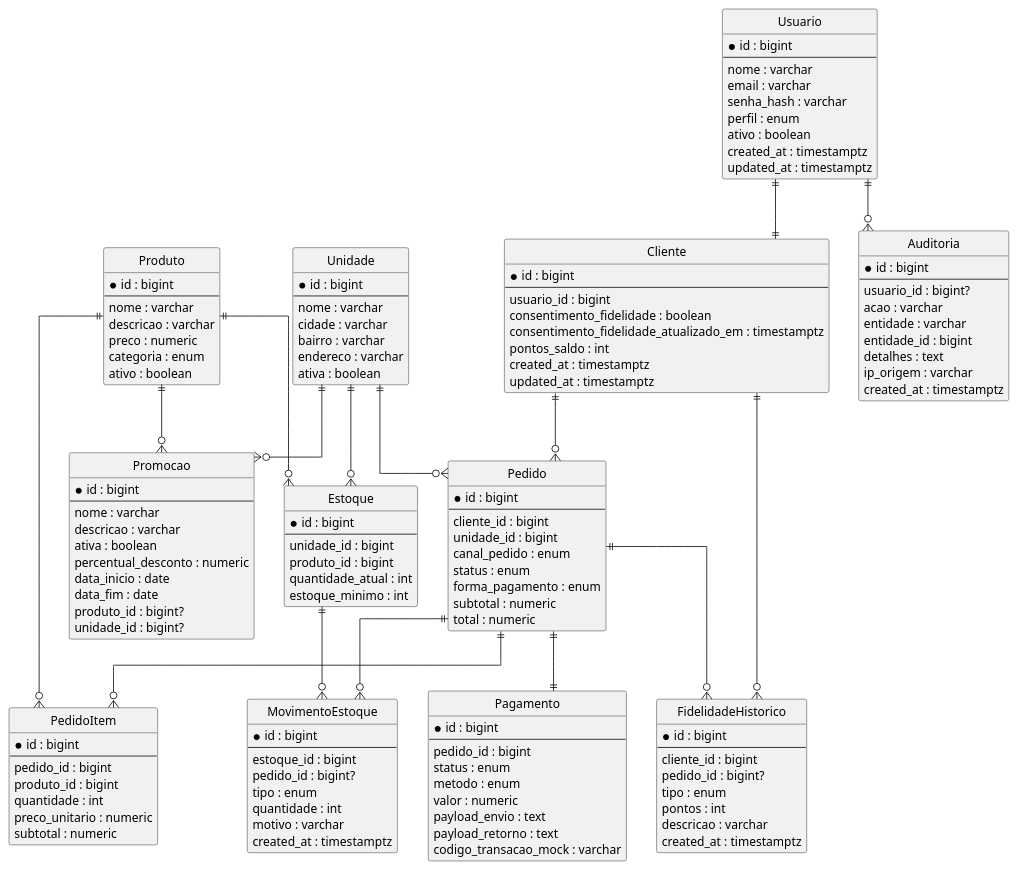
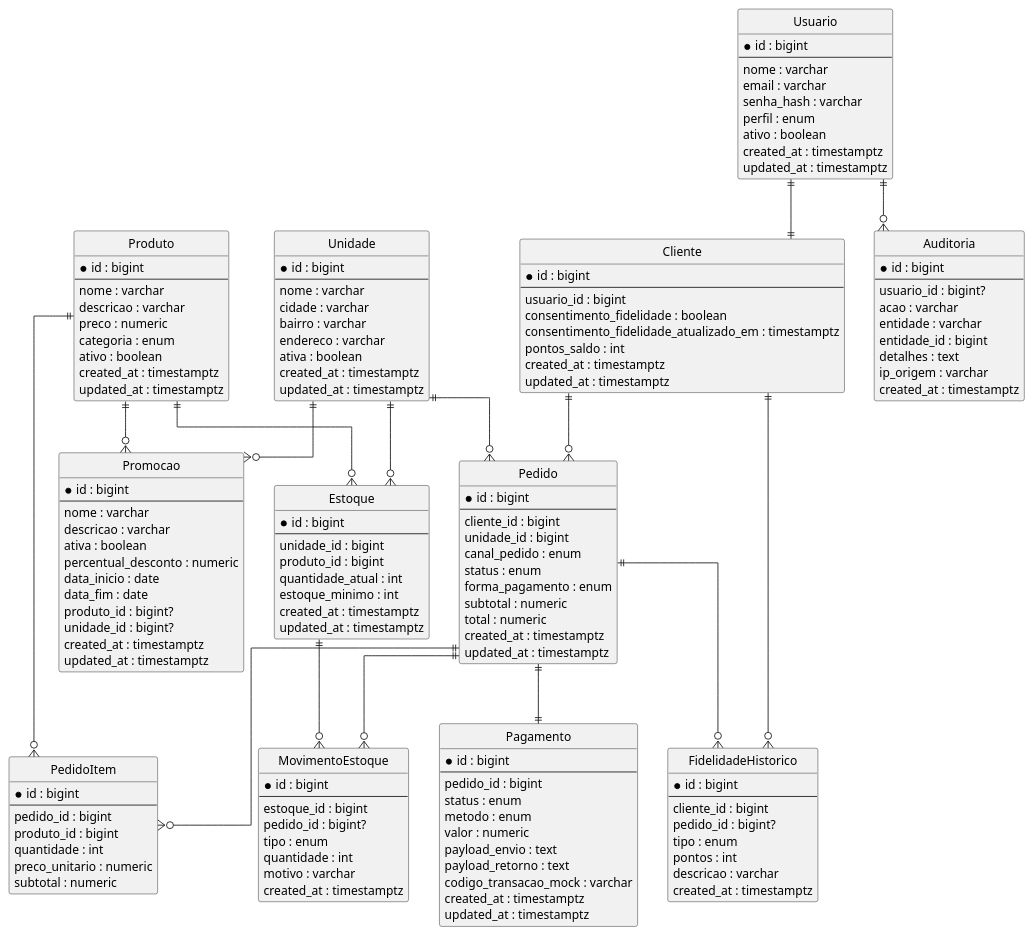
One commit to hyaza01/projeto-final-uninter-4662552-antonio-bernabio changed the diagram in docs/der.puml. Above: the diagram before and after it, drawn with PlantUML. The commit also changed 9 other files, not shown here.

```diff
--- a/docs/der.puml
+++ b/docs/der.puml
@@ -1,153 +1,165 @@
 @startuml
 hide circle
 skinparam linetype ortho
 
 entity Usuario {
   *id : bigint
   --
   nome : varchar
   email : varchar
   senha_hash : varchar
   perfil : enum
   ativo : boolean
   created_at : timestamptz
   updated_at : timestamptz
 }
 
 entity Cliente {
   *id : bigint
   --
   usuario_id : bigint
   consentimento_fidelidade : boolean
   consentimento_fidelidade_atualizado_em : timestamptz
   pontos_saldo : int
   created_at : timestamptz
   updated_at : timestamptz
 }
 
 entity Unidade {
   *id : bigint
   --
   nome : varchar
   cidade : varchar
   bairro : varchar
   endereco : varchar
   ativa : boolean
+  created_at : timestamptz
+  updated_at : timestamptz
 }
 
 entity Produto {
   *id : bigint
   --
   nome : varchar
   descricao : varchar
   preco : numeric
   categoria : enum
   ativo : boolean
+  created_at : timestamptz
+  updated_at : timestamptz
 }
 
 entity Estoque {
   *id : bigint
   --
   unidade_id : bigint
   produto_id : bigint
   quantidade_atual : int
   estoque_minimo : int
+  created_at : timestamptz
+  updated_at : timestamptz
 }
 
 entity MovimentoEstoque {
   *id : bigint
   --
   estoque_id : bigint
   pedido_id : bigint?
   tipo : enum
   quantidade : int
   motivo : varchar
   created_at : timestamptz
 }
 
 entity Pedido {
   *id : bigint
   --
   cliente_id : bigint
   unidade_id : bigint
   canal_pedido : enum
   status : enum
   forma_pagamento : enum
   subtotal : numeric
   total : numeric
+  created_at : timestamptz
+  updated_at : timestamptz
 }
 
 entity PedidoItem {
   *id : bigint
   --
   pedido_id : bigint
   produto_id : bigint
   quantidade : int
   preco_unitario : numeric
   subtotal : numeric
 }
 
 entity Pagamento {
   *id : bigint
   --
   pedido_id : bigint
   status : enum
   metodo : enum
   valor : numeric
   payload_envio : text
   payload_retorno : text
   codigo_transacao_mock : varchar
+  created_at : timestamptz
+  updated_at : timestamptz
 }
 
 entity FidelidadeHistorico {
   *id : bigint
   --
   cliente_id : bigint
   pedido_id : bigint?
   tipo : enum
   pontos : int
   descricao : varchar
   created_at : timestamptz
 }
 
 entity Promocao {
   *id : bigint
   --
   nome : varchar
   descricao : varchar
   ativa : boolean
   percentual_desconto : numeric
   data_inicio : date
   data_fim : date
   produto_id : bigint?
   unidade_id : bigint?
+  created_at : timestamptz
+  updated_at : timestamptz
 }
 
 entity Auditoria {
   *id : bigint
   --
   usuario_id : bigint?
   acao : varchar
   entidade : varchar
   entidade_id : bigint
   detalhes : text
   ip_origem : varchar
   created_at : timestamptz
 }
 
 Usuario ||--|| Cliente
 Cliente ||--o{ Pedido
 Unidade ||--o{ Pedido
 Pedido ||--o{ PedidoItem
 Produto ||--o{ PedidoItem
 Unidade ||--o{ Estoque
 Produto ||--o{ Estoque
 Estoque ||--o{ MovimentoEstoque
 Pedido ||--o{ MovimentoEstoque
 Pedido ||--|| Pagamento
 Cliente ||--o{ FidelidadeHistorico
 Pedido ||--o{ FidelidadeHistorico
 Produto ||--o{ Promocao
 Unidade ||--o{ Promocao
 Usuario ||--o{ Auditoria
 @enduml
```
